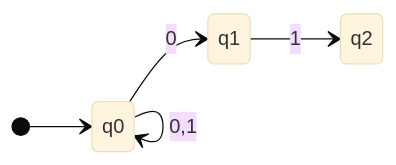
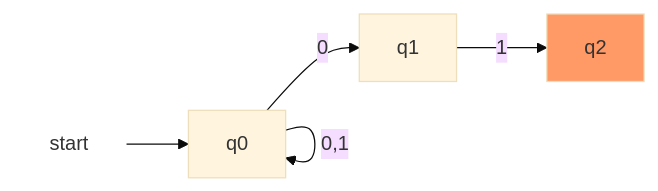
Before and after one commit to leaderli/obsidian: the fourth of 5 diagrams in md/自动机理论.md, drawn with Mermaid (base theme). The commit also changed other lines of this file and 4 other files, not shown here.

````diff
--- a/md/自动机理论.md
+++ b/md/自动机理论.md
@@ -155,8 +148,10 @@
 ```mermaid
-stateDiagram-v2
-direction LR
-[*]-->q0
-q0-->q1:0
-q0-->q0:0,1
-q1-->q2:1
+graph LR
+start --> q0
+q0 --0--> q1
+q0 --0,1--> q0
+q1 --1--> q2:::terminal
+
+style start fill:#fff ,stroke:#fff;
+classDef terminal fill:#f96;
 ```
````
